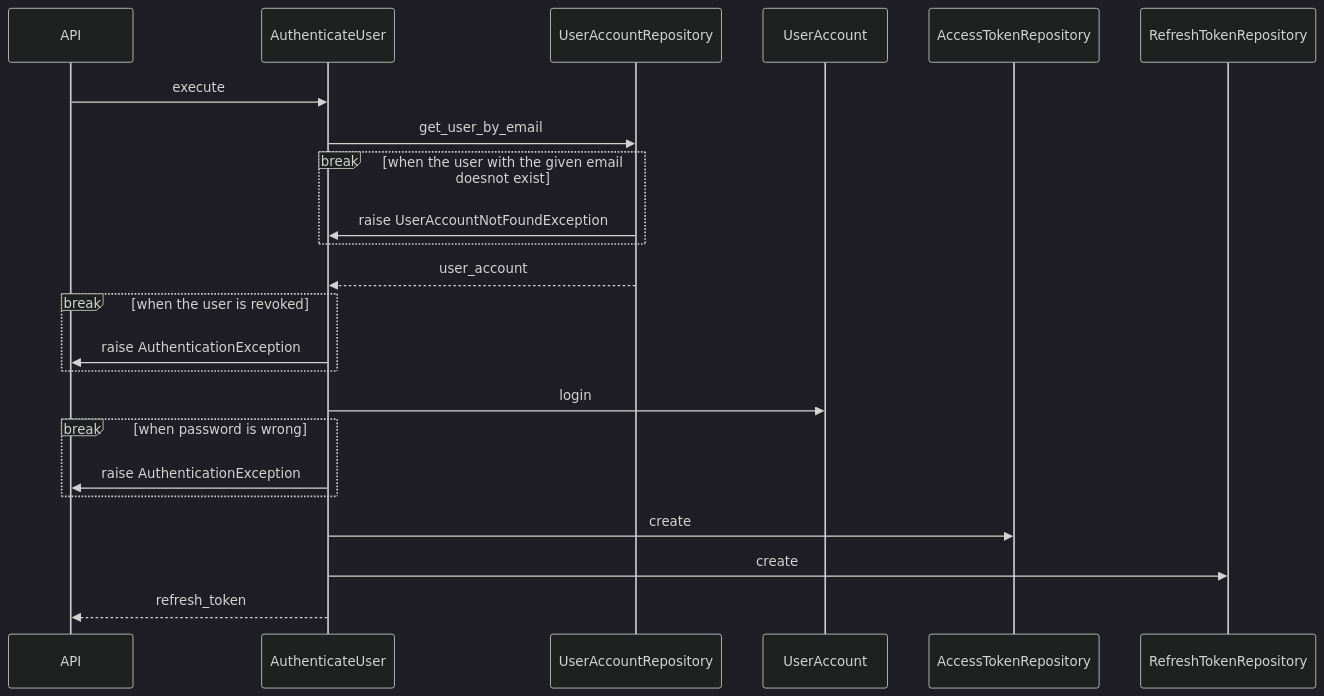
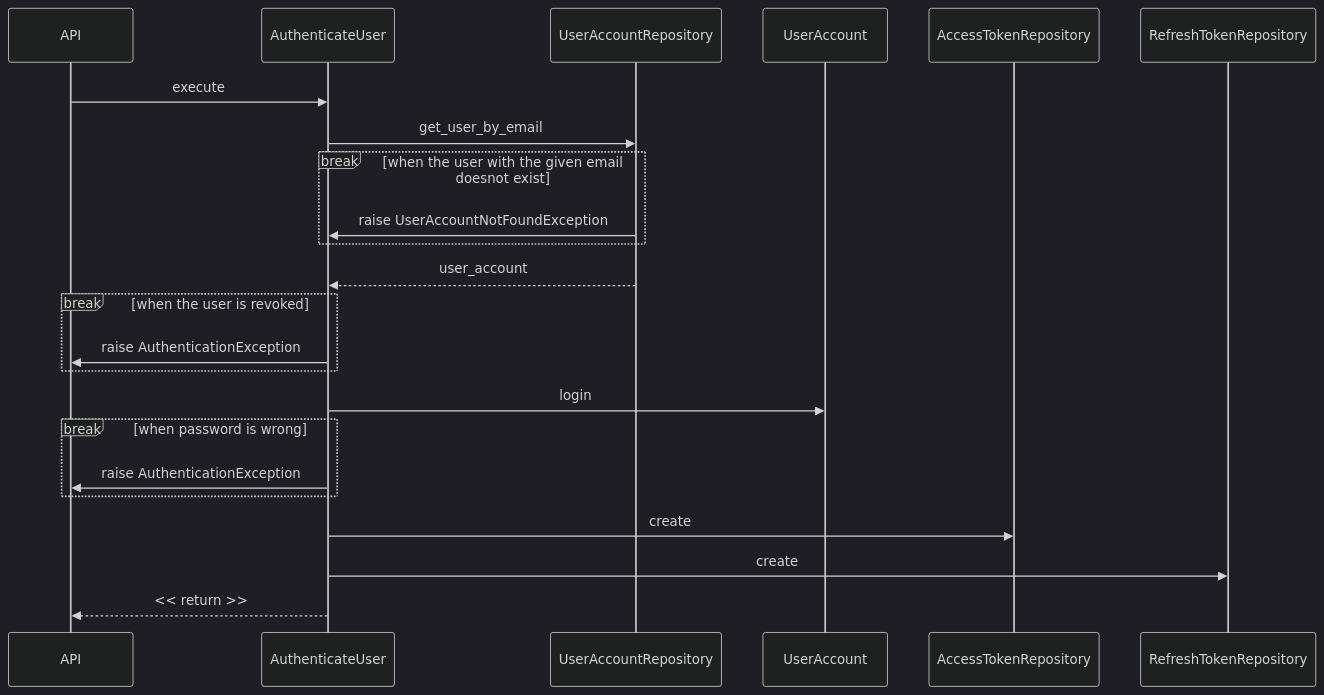
Before and after one commit to fbraem/kwai: the first of 2 diagrams in backend/src/kwai/modules/identity/README.md, drawn with Mermaid (dark theme). The commit also changed other lines of this file, not shown here.

Commit message:
Use << return >>

````diff
--- a/backend/src/kwai/modules/identity/README.md
+++ b/backend/src/kwai/modules/identity/README.md
@@ -7,19 +7,19 @@
 ```mermaid
 sequenceDiagram
     API->>AuthenticateUser: execute
     AuthenticateUser->>UserAccountRepository: get_user_by_email
     break when the user with the given email doesnot exist
         UserAccountRepository->>AuthenticateUser: raise UserAccountNotFoundException
     end
     UserAccountRepository-->>AuthenticateUser: user_account
     break when the user is revoked
         AuthenticateUser->>API: raise AuthenticationException
     end
     AuthenticateUser->>UserAccount: login
     break when password is wrong
         AuthenticateUser->>API: raise AuthenticationException
     end
     AuthenticateUser->>AccessTokenRepository: create
     AuthenticateUser->>RefreshTokenRepository: create
-    AuthenticateUser-->>API: refresh_token
+    AuthenticateUser-->>API: << return >>
 ```
````
